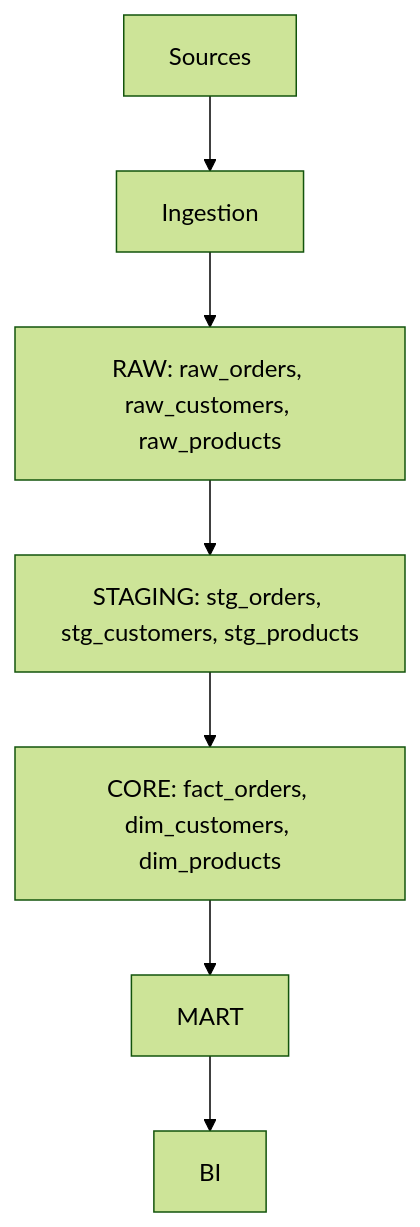
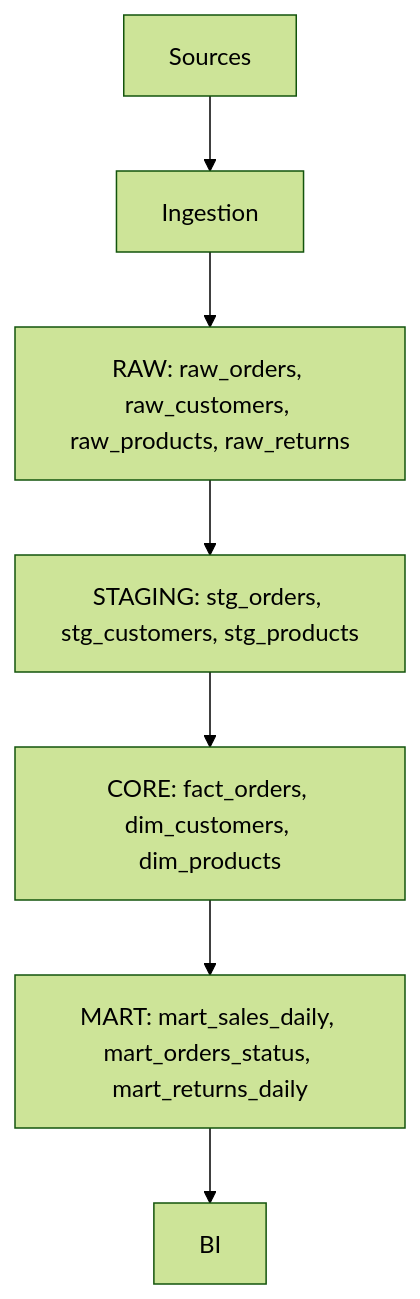
One commit to linzaiq-afk/dataops changed the diagram in docs/architecture.md. Above: the diagram before and after it, drawn with Mermaid (forest theme).

````diff
--- a/docs/architecture.md
+++ b/docs/architecture.md
@@ -1,9 +1,9 @@
 ```mermaid
 flowchart TD
     A["Sources"] --> B["Ingestion"]
-    B --> C["RAW: raw_orders, raw_customers, raw_products"]
+    B --> C["RAW: raw_orders, raw_customers, raw_products, raw_returns"]
     C --> D["STAGING: stg_orders, stg_customers, stg_products"]
     D --> E["CORE: fact_orders, dim_customers, dim_products"]
-    E --> F["MART"]
+    E --> F["MART: mart_sales_daily, mart_orders_status, mart_returns_daily"]
     F --> G["BI"]
 ```
````
